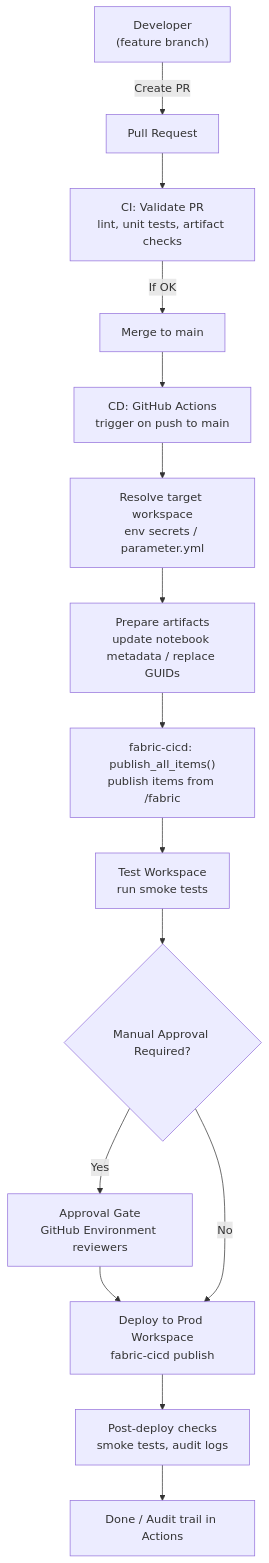
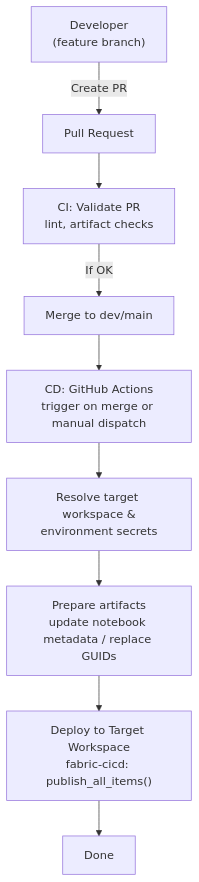
One commit to anhtnt90dev/rookies-data-dn-2026 changed the diagram in cicd/diagrams/fabric-cicd.mermaid. Above: the diagram before and after it, drawn with Mermaid. The commit also changed other lines of this file, not shown here.

Commit message:
docs: update diagram for correct steps

```diff
--- a/cicd/diagrams/fabric-cicd.mermaid
+++ b/cicd/diagrams/fabric-cicd.mermaid
@@ -1,15 +1,9 @@
 flowchart TD
-  A["Developer<br> (feature branch)"] -->|Create PR| B["Pull Request"]
-  B --> C["CI: Validate PR<br>lint, unit tests, artifact checks"]
-  C -->|If OK| D["Merge to main"]
-  D --> E["CD: GitHub Actions<br>trigger on push to main"]
-  E --> F["Resolve target workspace<br>env secrets / parameter.yml"]
+  A["Developer<br>(feature branch)"] -->|Create PR| B["Pull Request"]
+  B --> C["CI: Validate PR<br>lint, artifact checks"]
+  C -->|If OK| D["Merge to dev/main"]
+  D --> E["CD: GitHub Actions<br>trigger on merge or manual dispatch"]
+  E --> F["Resolve target workspace &<br>environment secrets"]
   F --> G["Prepare artifacts<br>update notebook metadata / replace GUIDs"]
-  G --> H["fabric-cicd: publish_all_items()<br>publish items from /fabric"]
-  H --> I["Test Workspace<br>run smoke tests"]
-  I --> J{Manual Approval Required?}
-  J -->|Yes| K["Approval Gate<br>GitHub Environment reviewers"]
-  K --> L["Deploy to Prod Workspace<br>fabric-cicd publish"]
-  J -->|No| L
-  L --> M["Post-deploy checks<br>smoke tests, audit logs"]
-  M --> N["Done / Audit trail in Actions"]
+  G --> H["Deploy to Target Workspace<br>fabric-cicd: publish_all_items()"]
+  H --> N["Done"]
```
